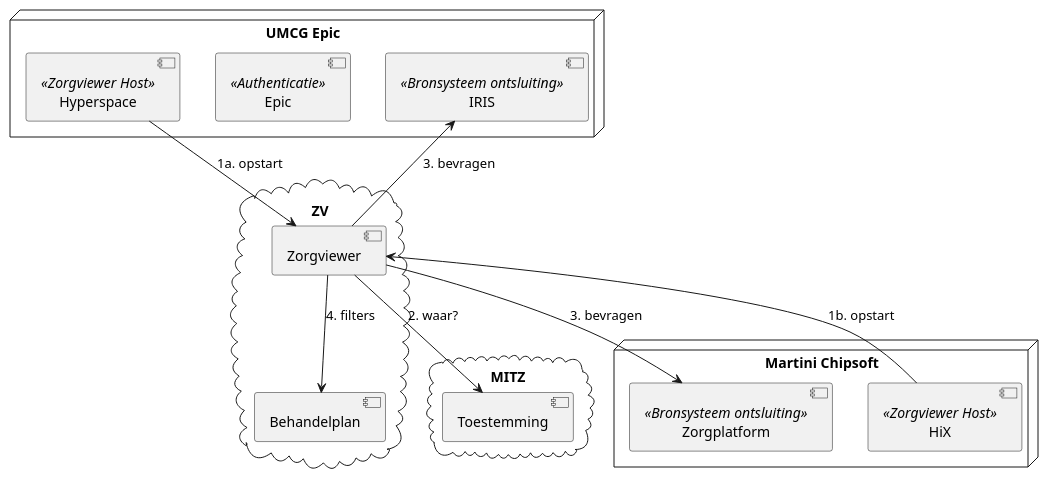
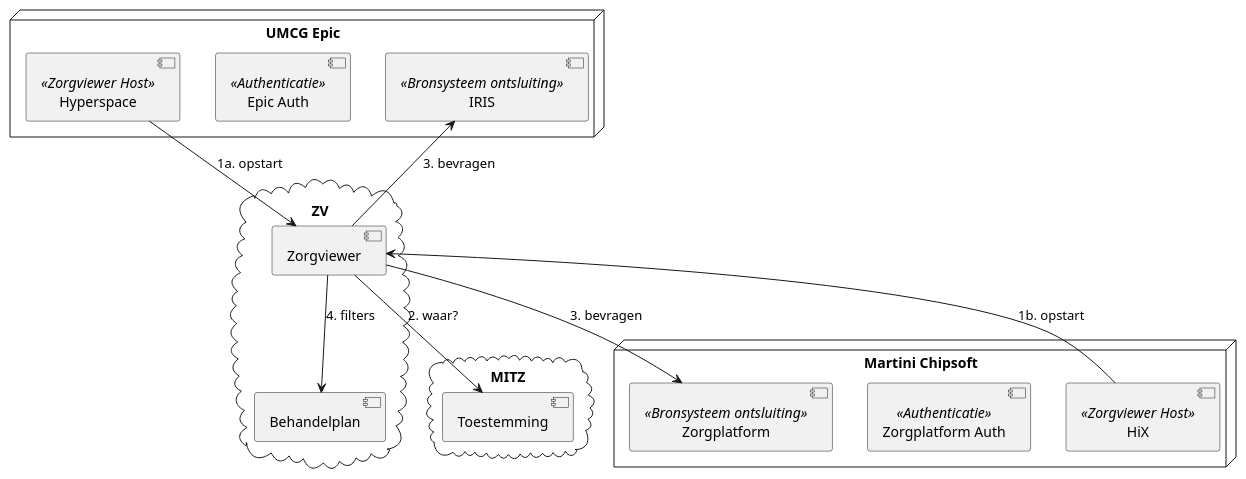
One commit to RIVO-Noord/zorgviewer-ig changed the diagram in input/images-source/Zorgviewer-comp-1.plantuml. Above: the diagram before and after it, drawn with PlantUML. The commit also changed 5 other files, not shown here.

```diff
--- a/input/images-source/Zorgviewer-comp-1.plantuml
+++ b/input/images-source/Zorgviewer-comp-1.plantuml
@@ -1,33 +1,33 @@
 @startuml
 
 node "UMCG Epic" {
  [Hyperspace] <<Zorgviewer Host>>
- [Epic] <<Authenticatie>>
+ [Epic Auth] <<Authenticatie>>
  [IRIS] <<Bronsysteem ontsluiting>>
 }
 
 cloud "ZV" {
  [Zorgviewer]
  [Behandelplan]
 }
 
 cloud "MITZ" {
  [Toestemming]
 }
 
 [Zorgviewer]-->[Toestemming] : 2. waar?
 
 node "Martini Chipsoft" {
  [HiX] <<Zorgviewer Host>>
- [Zorgplatform] <<Authenticatie>>
+ [Zorgplatform Auth] <<Authenticatie>>
  [Zorgplatform] <<Bronsysteem ontsluiting>>
 }
 
 [Hyperspace] --> [Zorgviewer] :  1a. opstart
 [HiX] --> [Zorgviewer] : 1b. opstart
 [Zorgviewer] --> [Zorgplatform] : 3. bevragen
 [Zorgviewer] --> [IRIS] : 3. bevragen
 
 [Zorgviewer]-->[Behandelplan] : 4. filters
 
 @enduml
```
